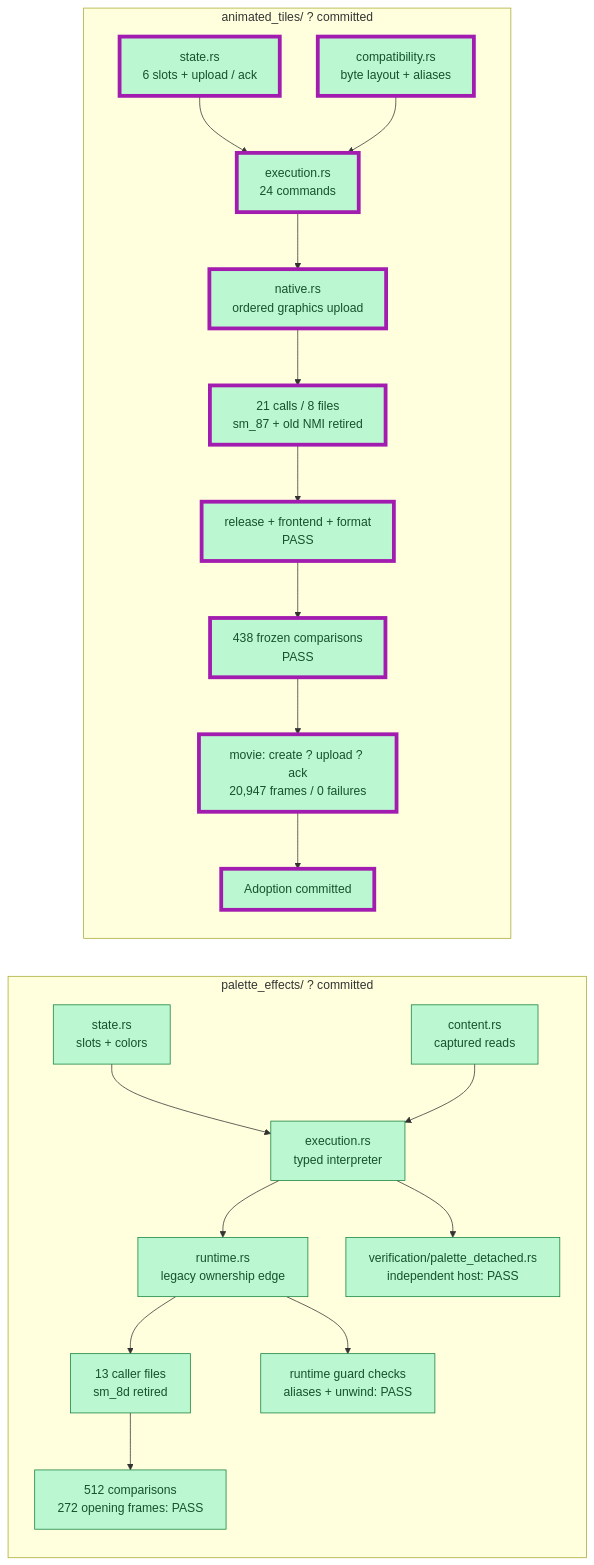
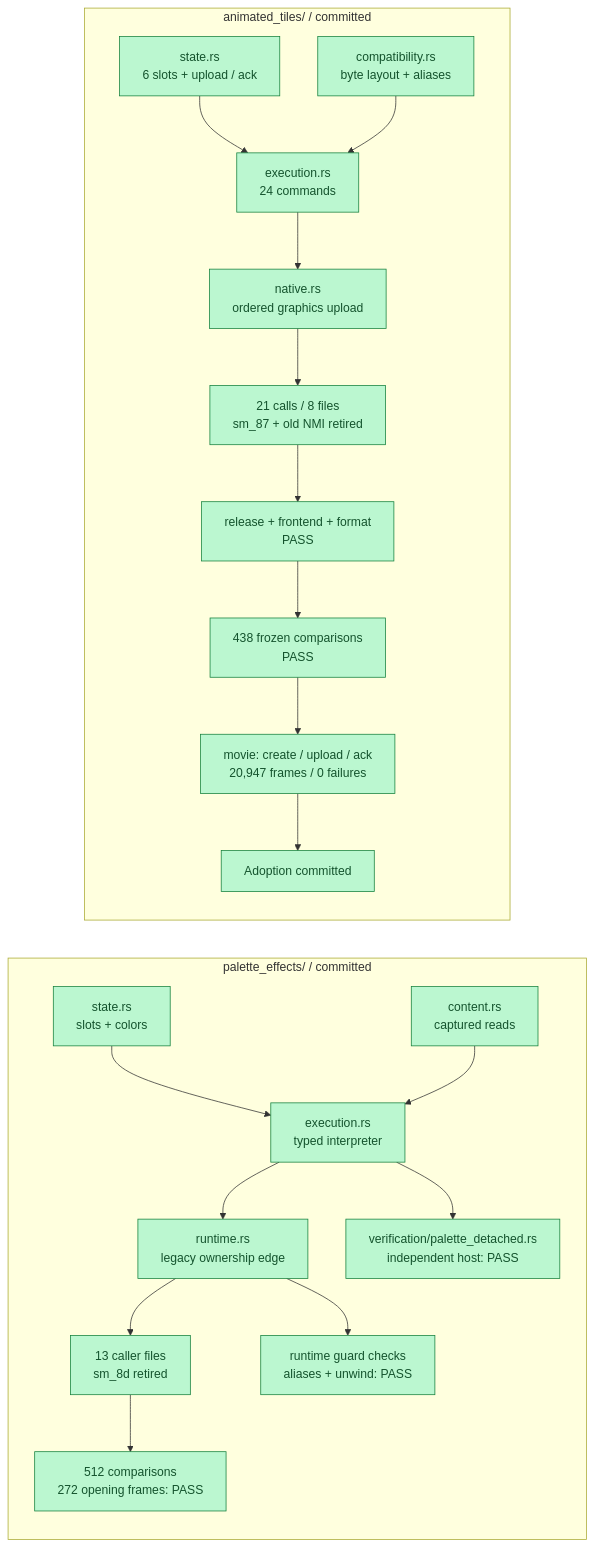
The second of 3 diagrams in PROGRESS.md (JimLundin/sm-decomp), drawn with Mermaid before and after one commit. The commit also changed other lines of this file and 19 other files, not shown here.

First line of the commit message:
Compose typed animation and palette cores; local comparisons and replay pass

````diff
--- a/PROGRESS.md
+++ b/PROGRESS.md
@@ -45,30 +45,30 @@
 ```mermaid
 flowchart LR
-    subgraph palette["palette_effects/ ? committed"]
+    subgraph palette["palette_effects/ / committed"]
         direction TB
         PS["state.rs<br/>slots + colors"]:::done --> PE["execution.rs<br/>typed interpreter"]:::done
         PC["content.rs<br/>captured reads"]:::done --> PE
         PE --> PR["runtime.rs<br/>legacy ownership edge"]:::done
         PR --> PCL["13 caller files<br/>sm_8d retired"]:::done
         PE --> PD["verification/palette_detached.rs<br/>independent host: PASS"]:::done
         PR --> PG["runtime guard checks<br/>aliases + unwind: PASS"]:::done
         PCL --> PV["512 comparisons<br/>272 opening frames: PASS"]:::done
     end
-    subgraph animation["animated_tiles/ ? committed"]
+    subgraph animation["animated_tiles/ / committed"]
         direction TB
         AS["state.rs<br/>6 slots + upload / ack"]:::done --> AE["execution.rs<br/>24 commands"]:::done
         AC["compatibility.rs<br/>byte layout + aliases"]:::done --> AE
         AE --> AN["native.rs<br/>ordered graphics upload"]:::done
         AN --> ACL["21 calls / 8 files<br/>sm_87 + old NMI retired"]:::done
         ACL --> AB["release + frontend + format<br/>PASS"]:::done
         AB --> AV["438 frozen comparisons<br/>PASS"]:::done
-        AV --> AM["movie: create ? upload ? ack<br/>20,947 frames / 0 failures"]:::done
+        AV --> AM["movie: create / upload / ack<br/>20,947 frames / 0 failures"]:::done
         AM --> LAND["Adoption committed"]:::done
     end
     classDef done fill:#bbf7d0,stroke:#15803d,color:#14532d
     classDef checked fill:#bfdbfe,stroke:#2563eb,color:#1e3a8a
     classDef active fill:#fed7aa,stroke:#ea580c,color:#7c2d12
     classDef pending fill:#f1f5f9,stroke:#94a3b8,color:#475569,stroke-dasharray:5 5
     classDef changed stroke:#a21caf,stroke-width:5px
-    class AS,AE,AC,AN,ACL,AB,AV,AM,LAND changed
+
 ```
````
